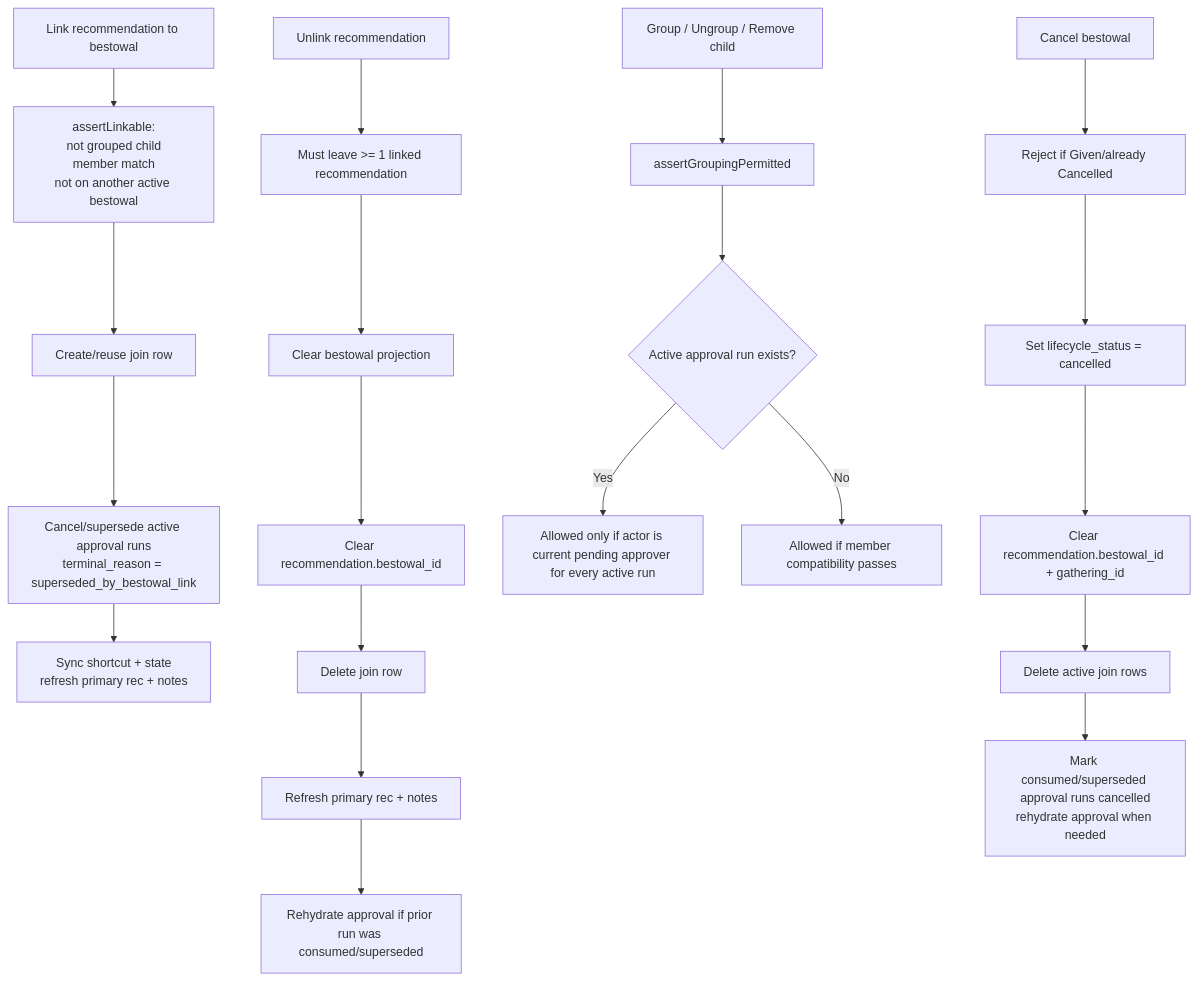
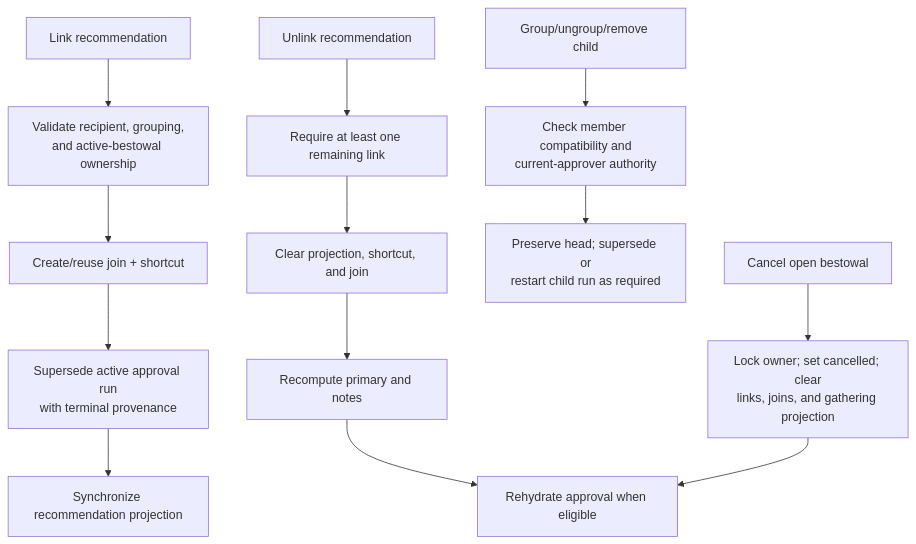
One commit to Ansteorra/KMP changed the second of 4 diagrams in app/docs/awards-recommendation-bestowal-workflow-diagrams.md. Above: the diagram before and after it, drawn with Mermaid. The commit also changed other lines of this file and 1907 other files, not shown here.

````diff
--- a/app/docs/awards-recommendation-bestowal-workflow-diagrams.md
+++ b/app/docs/awards-recommendation-bestowal-workflow-diagrams.md
@@ -57,25 +31,18 @@
 ```mermaid
 flowchart TD
-    L1["Link recommendation to bestowal"] --> L2["assertLinkable:<br/>not grouped child<br/>member match<br/>not on another active bestowal"]
-    L2 --> L3["Create/reuse join row"]
-    L3 --> L4["Cancel/supersede active approval runs<br/>terminal_reason = superseded_by_bestowal_link"]
-    L4 --> L5["Sync shortcut + state<br/>refresh primary rec + notes"]
+    L["Link recommendation"] --> V["Validate recipient, grouping,\nand active-bestowal ownership"]
+    V --> J["Create/reuse join + shortcut"]
+    J --> X["Supersede active approval run\nwith terminal provenance"]
+    X --> S["Synchronize recommendation projection"]
 
-    U1["Unlink recommendation"] --> U2["Must leave >= 1 linked recommendation"]
-    U2 --> U3["Clear bestowal projection"]
-    U3 --> U4["Clear recommendation.bestowal_id"]
-    U4 --> U5["Delete join row"]
-    U5 --> U6["Refresh primary rec + notes"]
-    U6 --> U7["Rehydrate approval if prior run was consumed/superseded"]
+    U["Unlink recommendation"] --> K["Require at least one remaining link"]
+    K --> C["Clear projection, shortcut, and join"]
+    C --> PR["Recompute primary and notes"]
+    PR --> RH["Rehydrate approval when eligible"]
 
-    G1["Group / Ungroup / Remove child"] --> G2["assertGroupingPermitted"]
-    G2 --> G3{"Active approval run exists?"}
-    G3 -- "Yes" --> G4["Allowed only if actor is current pending approver for every active run"]
-    G3 -- "No" --> G5["Allowed if member compatibility passes"]
+    G["Group/ungroup/remove child"] --> E["Check member compatibility and\ncurrent-approver authority"]
+    E --> GL["Preserve head; supersede or\nrestart child run as required"]
 
-    C1["Cancel bestowal"] --> C2["Reject if Given/already Cancelled"]
-    C2 --> C3["Set lifecycle_status = cancelled"]
-    C3 --> C4["Clear recommendation.bestowal_id + gathering_id"]
-    C4 --> C5["Delete active join rows"]
-    C5 --> C6["Mark consumed/superseded approval runs cancelled<br/>rehydrate approval when needed"]
+    CB["Cancel open bestowal"] --> CL["Lock owner; set cancelled; clear\nlinks, joins, and gathering projection"]
+    CL --> RH
 ```
````
